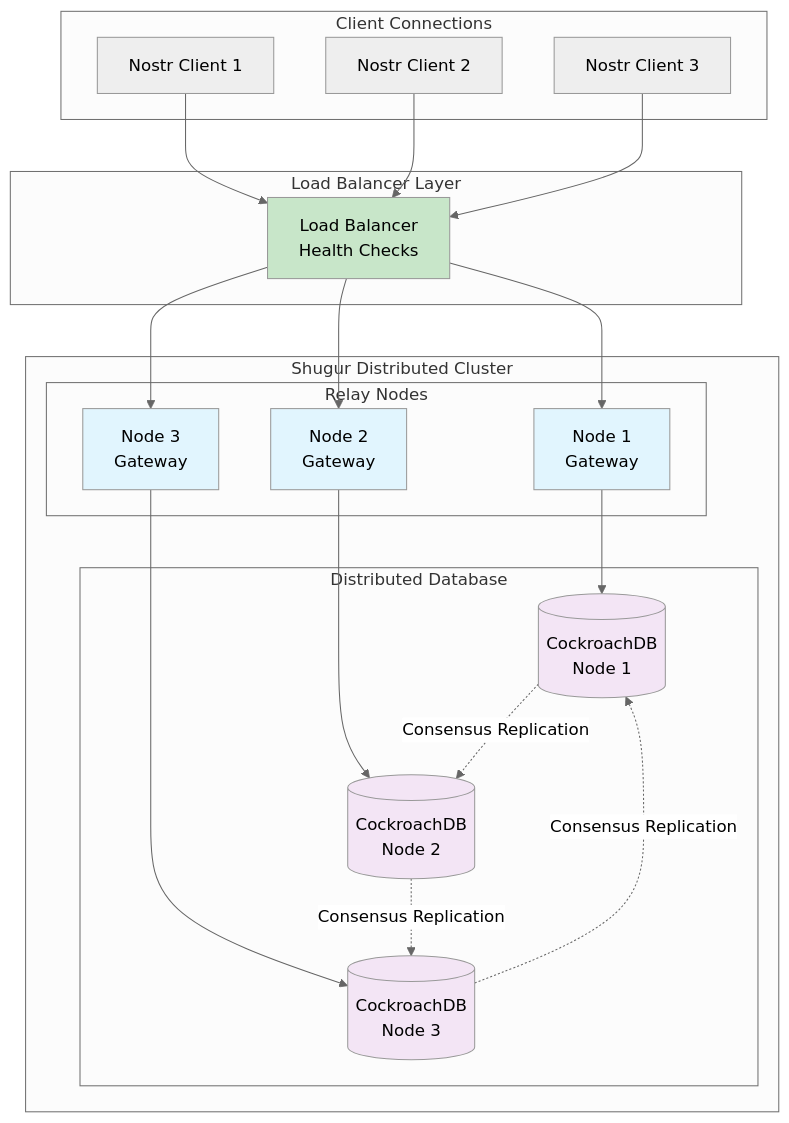
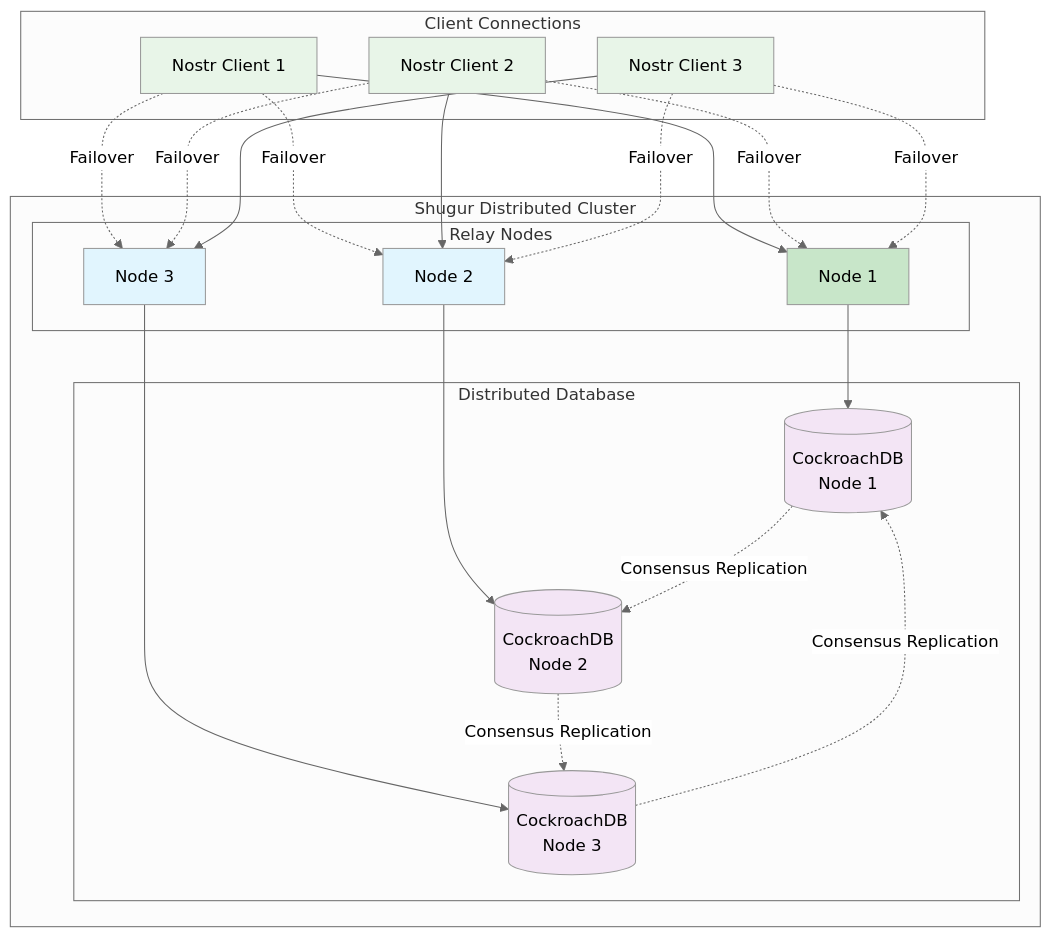
The second of 6 diagrams in src/content/docs/architecture.mdx (Shugur-Network/docs), drawn with Mermaid (neutral theme) before and after one commit. The commit also changed other lines of this file and 6 other files, not shown here.

Commit message:
📝 Update documentation to include Time Capsules feature and enhance clarity on Shugur Relay's architecture and configuration

````diff
--- a/src/content/docs/architecture.mdx
+++ b/src/content/docs/architecture.mdx
@@ -85,50 +85,52 @@
 ```mermaid
 graph TB
     subgraph "Client Connections"
         C1[Nostr Client 1]
         C2[Nostr Client 2]
         C3[Nostr Client 3]
     end
     
-    subgraph "Load Balancer Layer"
-        LB[Load Balancer<br/>Health Checks]
-    end
-    
     subgraph "Shugur Distributed Cluster"
         subgraph "Relay Nodes"
-            N1[Node 1<br/>Gateway]
-            N2[Node 2<br/>Gateway]
-            N3[Node 3<br/>Gateway]
+            N1[Node 1]
+            N2[Node 2]
+            N3[Node 3]
         end
         
         subgraph "Distributed Database"
             DB1[(CockroachDB<br/>Node 1)]
             DB2[(CockroachDB<br/>Node 2)]
             DB3[(CockroachDB<br/>Node 3)]
         end
     end
     
-    C1 --> LB
-    C2 --> LB
-    C3 --> LB
+    C1 --> N1
+    C1 -.->|Failover| N2
+    C1 -.->|Failover| N3
     
-    LB --> N1
-    LB --> N2
-    LB --> N3
+    C2 --> N2
+    C2 -.->|Failover| N1
+    C2 -.->|Failover| N3
+    
+    C3 --> N3
+    C3 -.->|Failover| N1
+    C3 -.->|Failover| N2
     
     N1 --> DB1
     N2 --> DB2
     N3 --> DB3
     
     DB1 -.->|Consensus Replication| DB2
     DB2 -.->|Consensus Replication| DB3
     DB3 -.->|Consensus Replication| DB1
     
-    style LB fill:#c8e6c9
-    style N1 fill:#e1f5fe
+    style N1 fill:#c8e6c9
     style N2 fill:#e1f5fe
     style N3 fill:#e1f5fe
     style DB1 fill:#f3e5f5
     style DB2 fill:#f3e5f5
     style DB3 fill:#f3e5f5
+    style C1 fill:#e8f5e8
+    style C2 fill:#e8f5e8
+    style C3 fill:#e8f5e8
 ```
````
